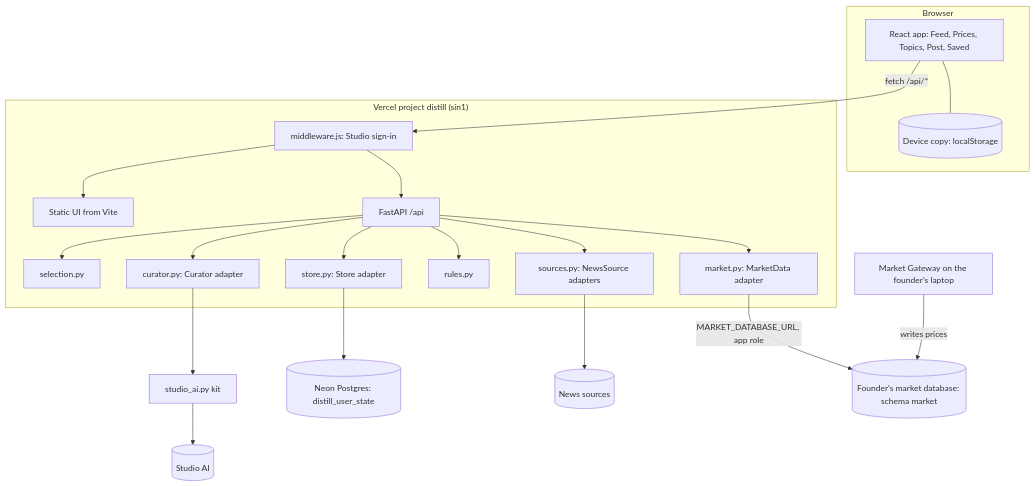
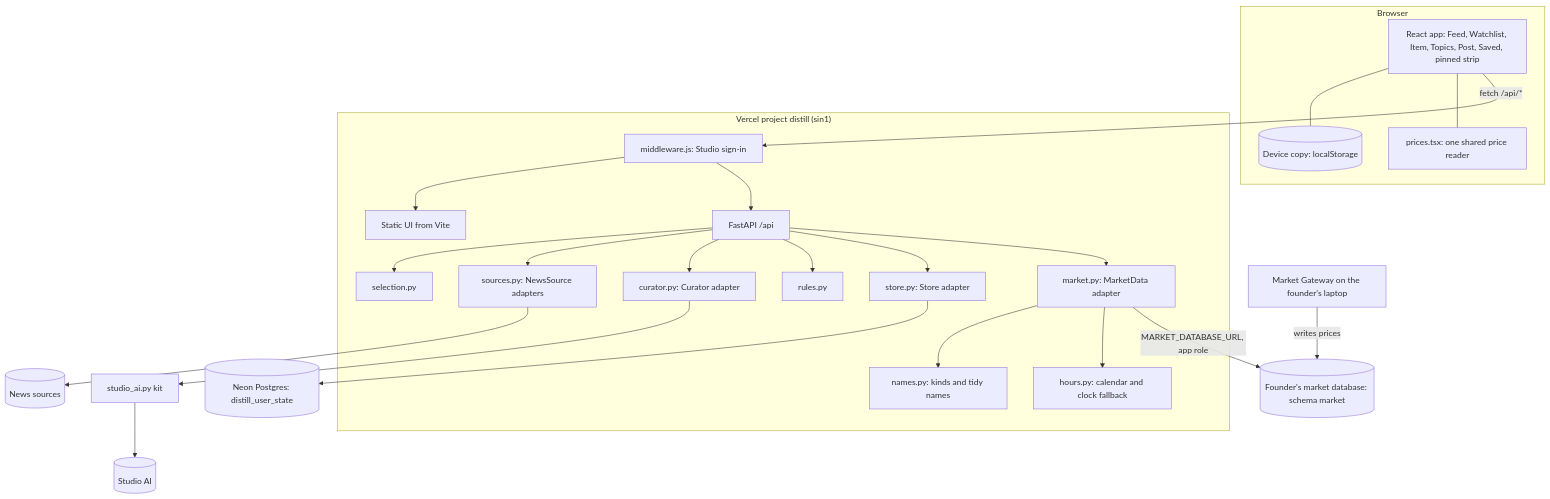
Before and after one commit to akkiverse/distill: the second of 2 diagrams in docs/architecture/ARCHITECTURE.md, drawn with Mermaid. The commit also changed other lines of this file and 54 other files, not shown here.

First line of the commit message:
E5: Distill: Watchlist page and pinned prices strip (CR-0006) (#16)

````diff
--- a/docs/architecture/ARCHITECTURE.md
+++ b/docs/architecture/ARCHITECTURE.md
@@ -20,22 +20,25 @@
 ```mermaid
 flowchart TB
   subgraph Browser
-    ui[React app: Feed, Prices, Topics, Post, Saved] --- copy[(Device copy: localStorage)]
+    ui[React app: Feed, Watchlist, Item, Topics, Post, Saved, pinned strip] --- copy[(Device copy: localStorage)]
+    ui --- reader[prices.tsx: one shared price reader]
   end
   subgraph Vercel["Vercel project distill (sin1)"]
     mw[middleware.js: Studio sign-in] --> static[Static UI from Vite]
     mw --> api[FastAPI /api]
     api --> sel[selection.py]
     api --> src[sources.py: NewsSource adapters]
     api --> cur[curator.py: Curator adapter]
     api --> rules[rules.py]
     api --> store[store.py: Store adapter]
     api --> mkt[market.py: MarketData adapter]
+    mkt --> names[names.py: kinds and tidy names]
+    mkt --> hours[hours.py: calendar and clock fallback]
   end
   ui -->|fetch /api/*| mw
   cur --> studio_ai[studio_ai.py kit] --> AI[(Studio AI)]
   store --> PG[(Neon Postgres: distill_user_state)]
   src --> NEWS[(News sources)]
   mkt -->|MARKET_DATABASE_URL, app role| MDB[(Founder's market database: schema market)]
   GW[Market Gateway on the founder's laptop] -->|writes prices| MDB
 ```
````
